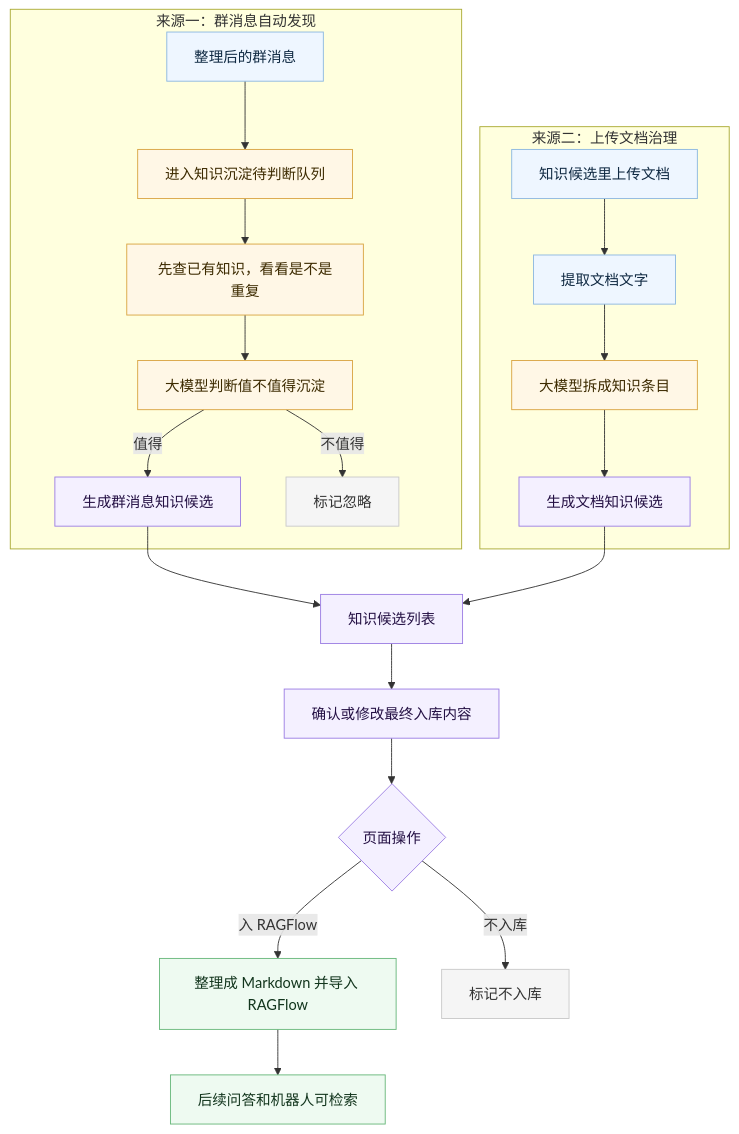
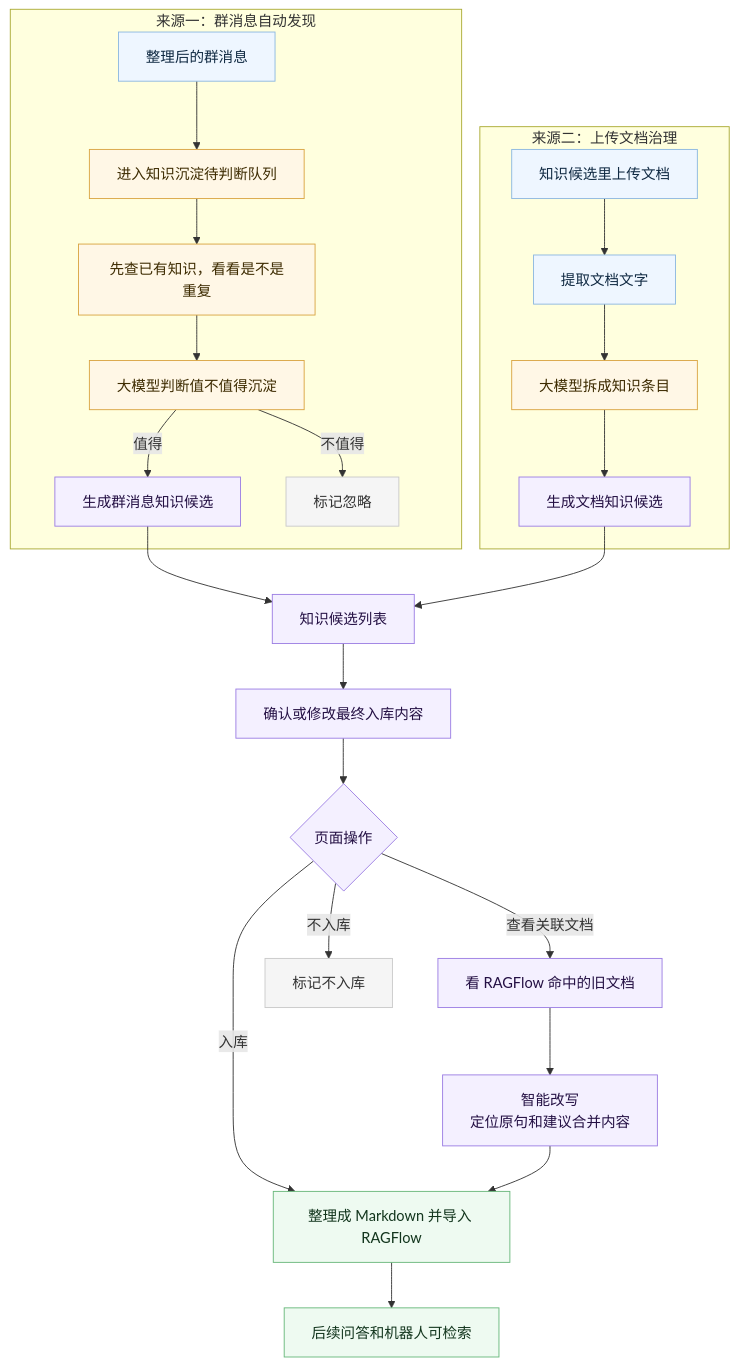
Before and after one commit to EthanScriptOn/ai_platform: the third of 4 diagrams in flowbot-knowledge-data-flow.md, drawn with Mermaid. The commit also changed other lines of this file, not shown here.

````diff
--- a/flowbot-knowledge-data-flow.md
+++ b/flowbot-knowledge-data-flow.md
@@ -148,38 +148,41 @@
 ```mermaid
 flowchart TD
   subgraph groupSource[来源一：群消息自动发现]
     msg[整理后的群消息] --> waitJudge[进入知识沉淀待判断队列]
     waitJudge --> judgeOld[先查已有知识，看看是不是重复]
     judgeOld --> judgeAi[大模型判断值不值得沉淀]
     judgeAi -->|值得| groupCandidate[生成群消息知识候选]
     judgeAi -->|不值得| groupIgnore[标记忽略]
   end
 
   subgraph docSource[来源二：上传文档治理]
     upload[知识候选里上传文档] --> readText[提取文档文字]
     readText --> splitByAi[大模型拆成知识条目]
     splitByAi --> docCandidate[生成文档知识候选]
   end
 
   groupCandidate --> reviewList[知识候选列表]
   docCandidate --> reviewList
   reviewList --> edit[确认或修改最终入库内容]
   edit --> decision{页面操作}
 
-  decision -->|入 RAGFlow| importRagflow[整理成 Markdown 并导入 RAGFlow]
+  decision -->|入库| importRagflow[整理成 Markdown 并导入 RAGFlow]
+  decision -->|查看关联文档| relatedDocs[看 RAGFlow 命中的旧文档]
+  relatedDocs --> rewrite[智能改写<br/>定位原句和建议合并内容]
+  rewrite --> importRagflow
   decision -->|不入库| reject[标记不入库]
 
   importRagflow --> qa[后续问答和机器人可检索]
 
   classDef sourceLine fill:#eef6ff,stroke:#8bb7e0,color:#102a43;
   classDef aiLine fill:#fff7e6,stroke:#d9a441,color:#3d2b00;
   classDef reviewLine fill:#f4f0ff,stroke:#9b7de3,color:#241044;
   classDef resultLine fill:#eefaf1,stroke:#67b77a,color:#12351d;
   classDef muted fill:#f5f5f5,stroke:#c9c9c9,color:#333;
 
   class msg,upload,readText sourceLine;
   class waitJudge,judgeOld,judgeAi,splitByAi aiLine;
-  class groupCandidate,docCandidate,reviewList,edit,decision reviewLine;
+  class groupCandidate,docCandidate,reviewList,edit,decision,relatedDocs,rewrite reviewLine;
   class importRagflow,qa resultLine;
   class groupIgnore,reject muted;
 ```
````
